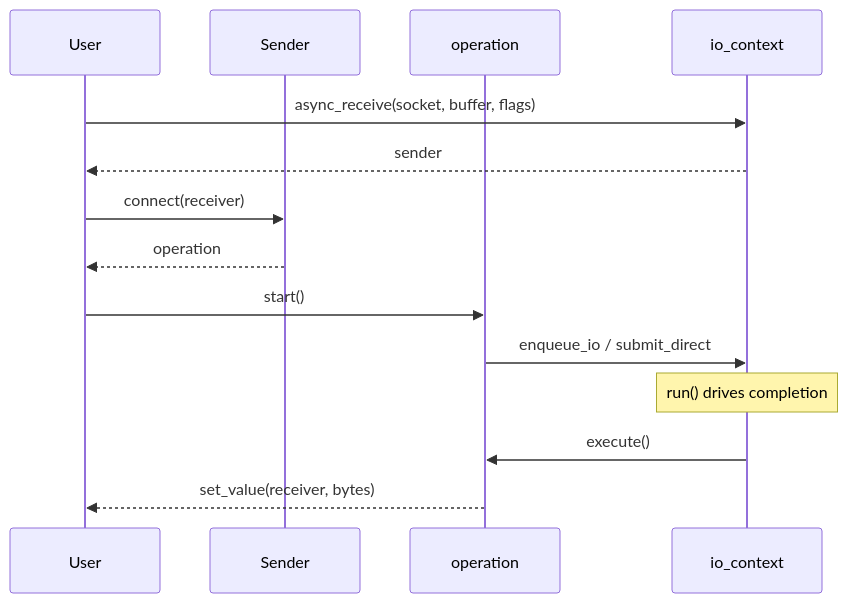
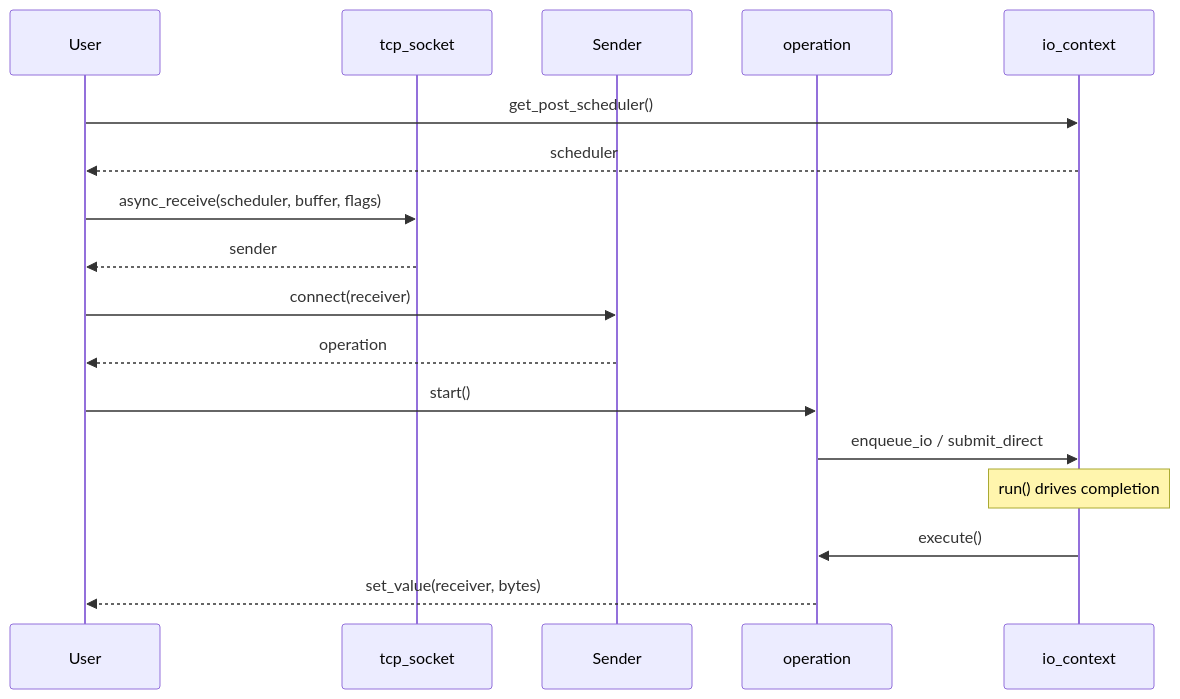
The sixth of 6 diagrams in docs/usage.md (haomingbai/bnio), drawn with Mermaid before and after one commit. The commit also changed other lines of this file and 18 other files, not shown here.

````diff
--- a/docs/usage.md
+++ b/docs/usage.md
@@ -390,17 +390,20 @@
 ```mermaid
 sequenceDiagram
     participant User
+    participant Stream as tcp_socket
     participant Sender
     participant Op as operation
     participant Ctx as io_context
 
-    User->>Ctx: async_receive(socket, buffer, flags)
-    Ctx-->>User: sender
+    User->>Ctx: get_post_scheduler()
+    Ctx-->>User: scheduler
+    User->>Stream: async_receive(scheduler, buffer, flags)
+    Stream-->>User: sender
     User->>Sender: connect(receiver)
     Sender-->>User: operation
     User->>Op: start()
     Op->>Ctx: enqueue_io / submit_direct
     Note over Ctx: run() drives completion
     Ctx->>Op: execute()
     Op-->>User: set_value(receiver, bytes)
 ```
````
